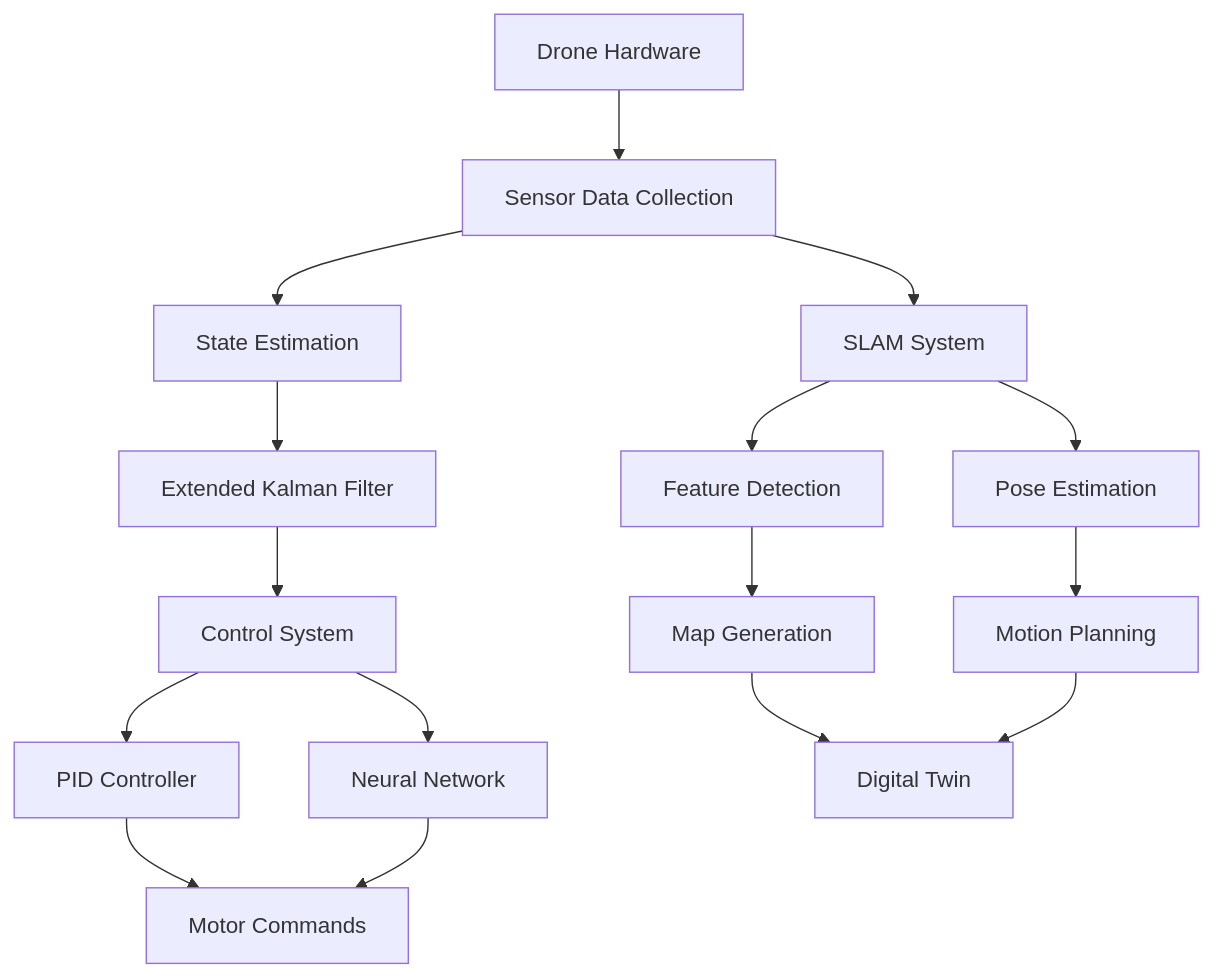
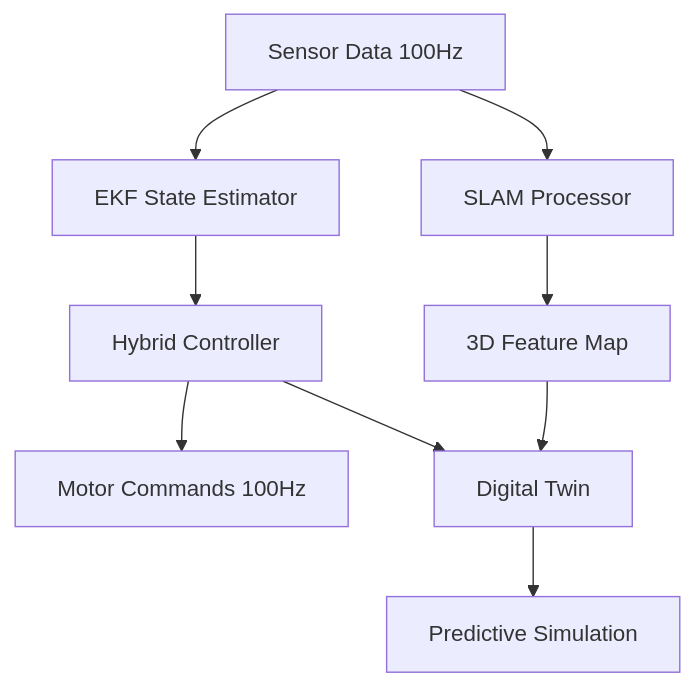
The first of 2 diagrams in README.md (miladnasiri/Djtello-path-Tracker), drawn with Mermaid before and after one commit. The commit also changed other lines of this file, not shown here.

````diff
--- a/README.md
+++ b/README.md
@@ -68,18 +29,11 @@
 ```mermaid
 graph TD
-    A[Drone Hardware] --> B[Sensor Data Collection]
-    B --> C[SLAM System]
-    B --> D[State Estimation]
-    C --> E[Feature Detection]
-    C --> F[Pose Estimation]
-    D --> G[Extended Kalman Filter]
-    E --> H[Map Generation]
-    F --> I[Motion Planning]
-    G --> J[Control System]
-    J --> K[PID Controller]
-    J --> L[Neural Network]
-    K --> M[Motor Commands]
-    L --> M
-    H --> N[Digital Twin]
-    I --> N
+    A[Sensor Data 100Hz] --> B[SLAM Processor]
+    B --> C[3D Feature Map]
+    A --> D[EKF State Estimator]
+    D --> E[Hybrid Controller]
+    E --> F[Motor Commands 100Hz]
+    C --> G[Digital Twin]
+    E --> G
+    G --> H[Predictive Simulation]
 ```
````
